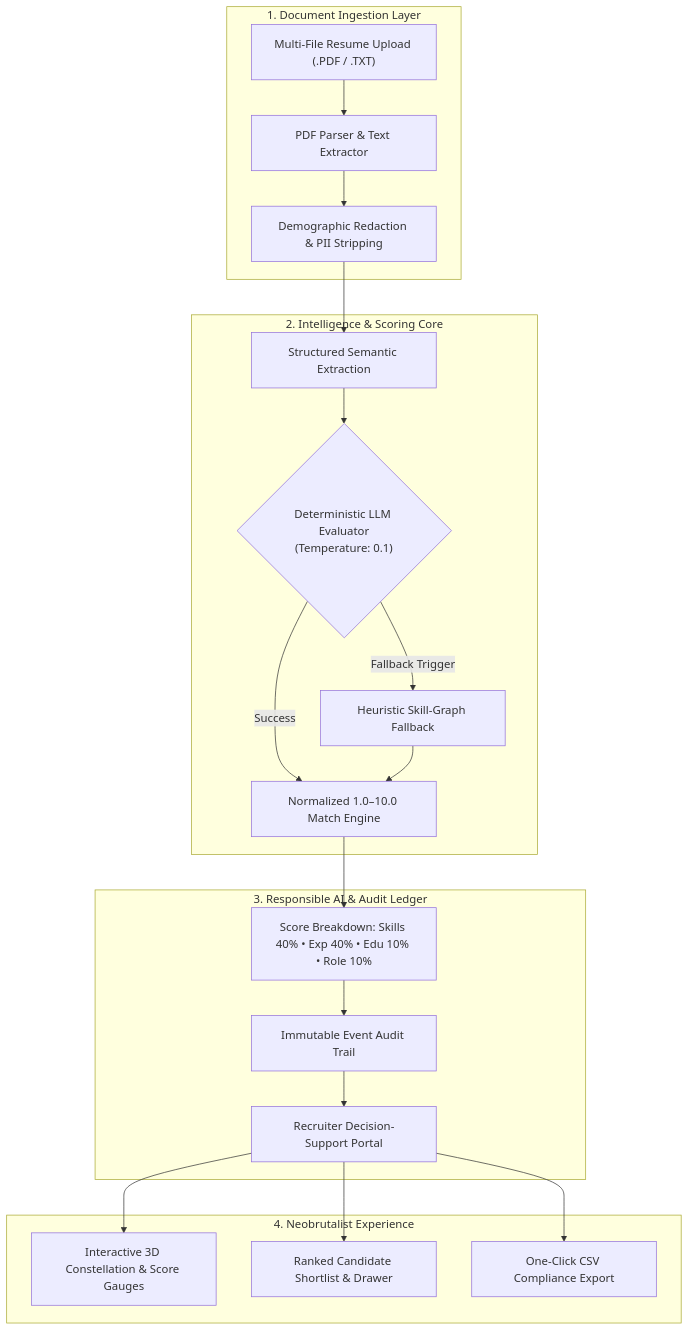
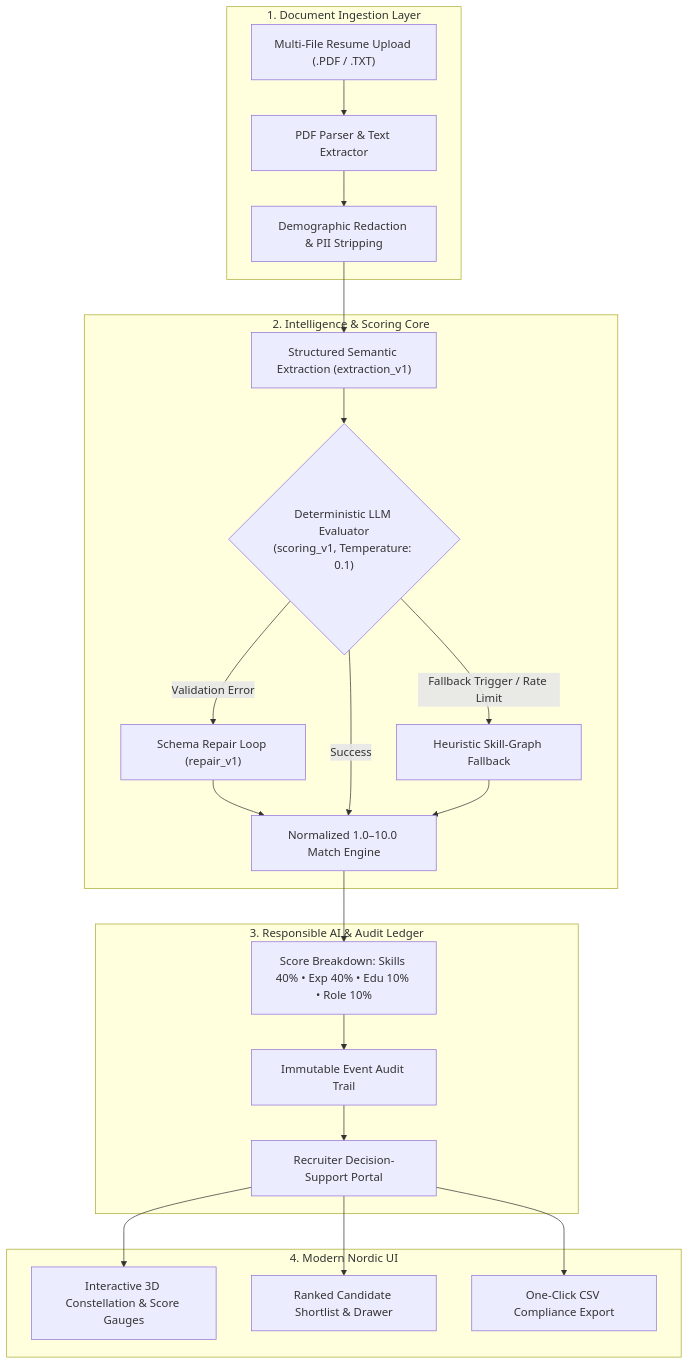
Before and after one commit to Aneesh-20/Smart-Resume-Screener: the diagram in README.md, drawn with Mermaid. The commit also changed other lines of this file, not shown here.

Commit message:
docs(readme): document system architecture and versioned LLM prompt engineering pipelines

````diff
--- a/README.md
+++ b/README.md
@@ -23,27 +23,29 @@
 ```mermaid
 flowchart TD
     subgraph Ingestion ["1. Document Ingestion Layer"]
         A["Multi-File Resume Upload (.PDF / .TXT)"] --> B["PDF Parser & Text Extractor"]
         B --> C["Demographic Redaction & PII Stripping"]
     end
 
     subgraph Evaluation ["2. Intelligence & Scoring Core"]
-        C --> D["Structured Semantic Extraction"]
-        D --> E{"Deterministic LLM Evaluator<br/>(Temperature: 0.1)"}
-        E -->|"Fallback Trigger"| F["Heuristic Skill-Graph Fallback"]
-        E -->|"Success"| G["Normalized 1.0–10.0 Match Engine"]
+        C --> D["Structured Semantic Extraction (extraction_v1)"]
+        D --> E{"Deterministic LLM Evaluator<br/>(scoring_v1, Temperature: 0.1)"}
+        E -->|"Fallback Trigger / Rate Limit"| F["Heuristic Skill-Graph Fallback"]
+        E -->|"Validation Error"| R["Schema Repair Loop (repair_v1)"]
+        R --> G["Normalized 1.0–10.0 Match Engine"]
+        E -->|"Success"| G
         F --> G
     end
 
     subgraph Governance ["3. Responsible AI & Audit Ledger"]
         G --> H["Score Breakdown: Skills 40% • Exp 40% • Edu 10% • Role 10%"]
         H --> I["Immutable Event Audit Trail"]
         I --> J["Recruiter Decision-Support Portal"]
     end
 
-    subgraph Presentation ["4. Neobrutalist Experience"]
+    subgraph Presentation ["4. Modern Nordic UI"]
         J --> K["Interactive 3D Constellation & Score Gauges"]
         J --> L["Ranked Candidate Shortlist & Drawer"]
         J --> M["One-Click CSV Compliance Export"]
     end
 ```
````
